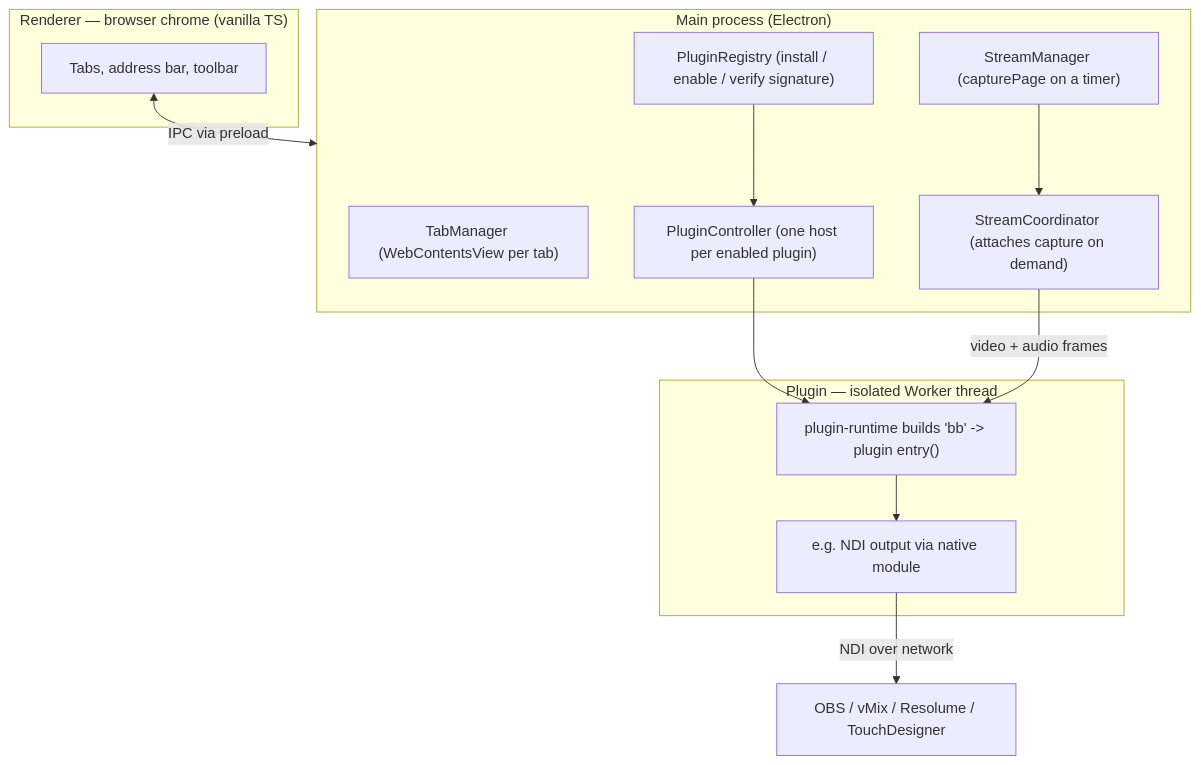
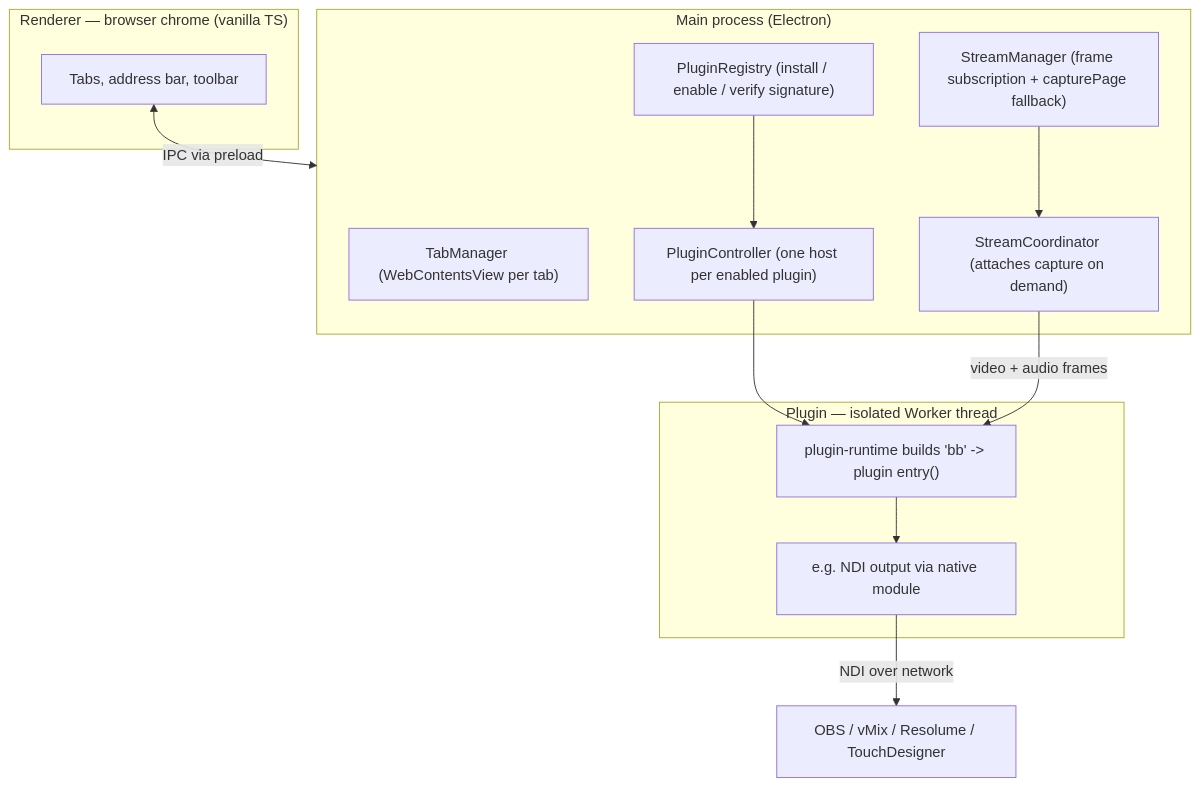
The diagram in README.md (onovokhatski/broadcastbrowser-showcase), drawn with Mermaid before and after one commit. The commit also changed other lines of this file and 1 other file, not shown here.

````diff
--- a/README.md
+++ b/README.md
@@ -121,24 +128,24 @@
 ```mermaid
 flowchart TD
     subgraph Renderer["Renderer — browser chrome (vanilla TS)"]
         UI["Tabs, address bar, toolbar"]
     end
     subgraph Main["Main process (Electron)"]
         TM["TabManager (WebContentsView per tab)"]
-        SM["StreamManager (capturePage on a timer)"]
+        SM["StreamManager (frame subscription + capturePage fallback)"]
         PR["PluginRegistry (install / enable / verify signature)"]
         PC["PluginController (one host per enabled plugin)"]
         SC["StreamCoordinator (attaches capture on demand)"]
     end
     subgraph Worker["Plugin — isolated Worker thread"]
         RT["plugin-runtime builds 'bb' -> plugin entry()"]
         NDI["e.g. NDI output via native module"]
     end
 
     UI <-->|IPC via preload| Main
     PR --> PC --> RT
     SC -->|video + audio frames| RT
     SM --> SC
     RT --> NDI
     NDI -->|NDI over network| Ext["OBS / vMix / Resolume / TouchDesigner"]
 ```
````
